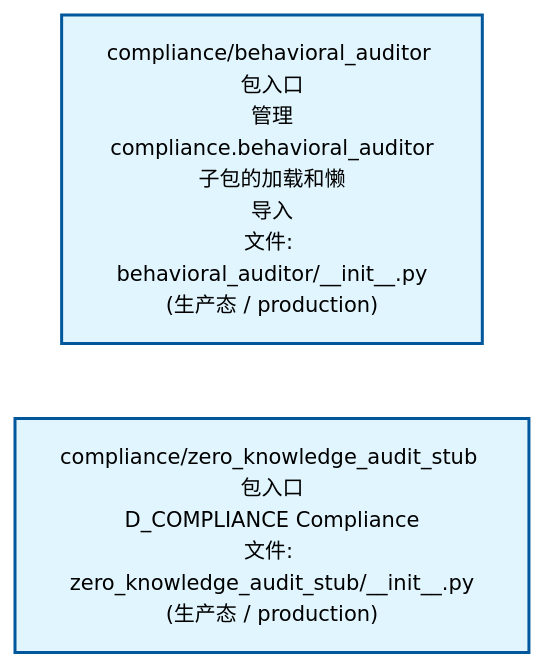
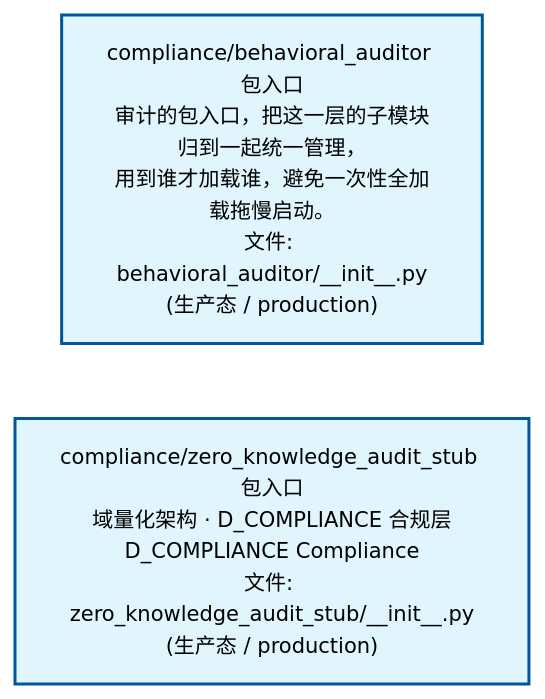
The second of 4 diagrams in docs/02_enterprise_architecture/02_domain_architecture_docs/38_d_compliance.md (xuanFelixVan/ZephyrAlpha), drawn with Mermaid before and after one commit. The commit also changed other lines of this file and 54 other files, not shown here.

````diff
--- a/docs/02_enterprise_architecture/02_domain_architecture_docs/38_d_compliance.md
+++ b/docs/02_enterprise_architecture/02_domain_architecture_docs/38_d_compliance.md
@@ -92,12 +92,12 @@
 ```mermaid
 %%{init: {'theme': 'base', 'themeVariables': {'primaryColor': '#eaeaea', 'primaryTextColor': '#333333', 'primaryBorderColor': '#666666', 'lineColor': '#666666', 'secondaryColor': '#eaeaea', 'tertiaryColor': '#eaeaea', 'fontSize': '14px'}}}%%
 flowchart TD
-    src_zephyr_compliance_behavioral_auditor_init_py["compliance/behavioral_auditor 包入口<br/>管理compliance.behavioral_auditor子包的加载和懒<br/>导入<br/>文件: behavioral_auditor/__init__.py<br/>(生产态 / production)"]
-    src_zephyr_compliance_zero_knowledge_audit_stub_init_py["compliance/zero_knowledge_audit_stub 包入口<br/>D_COMPLIANCE Compliance<br/>文件: zero_knowledge_audit_stub/__init__.py<br/>(生产态 / production)"]
+    src_zephyr_compliance_behavioral_auditor_init_py["compliance/behavioral_auditor 包入口<br/>审计的包入口，把这一层的子模块归到一起统一管理，<br/>用到谁才加载谁，避免一次性全加载拖慢启动。<br/>文件: behavioral_auditor/__init__.py<br/>(生产态 / production)"]
+    src_zephyr_compliance_zero_knowledge_audit_stub_init_py["compliance/zero_knowledge_audit_stub 包入口<br/>域量化架构 · D_COMPLIANCE 合规层<br/>D_COMPLIANCE Compliance<br/>文件: zero_knowledge_audit_stub/__init__.py<br/>(生产态 / production)"]
     src_zephyr_compliance_behavioral_auditor_init_py ~~~ src_zephyr_compliance_zero_knowledge_audit_stub_init_py
     classDef production fill:#e1f5fe,stroke:#01579b,stroke-width:2px,color:#000
     classDef design fill:#fff3e0,stroke:#e65100,stroke-width:2px,color:#000,stroke-dasharray: 5 5
     classDef external_prod fill:#e8f4fd,stroke:#0277bd,stroke-width:1px,color:#000
     classDef external_design fill:#fff8e7,stroke:#ef6c00,stroke-width:1px,color:#000,stroke-dasharray: 5 5
     class src_zephyr_compliance_behavioral_auditor_init_py,src_zephyr_compliance_zero_knowledge_audit_stub_init_py production
 ```
````
